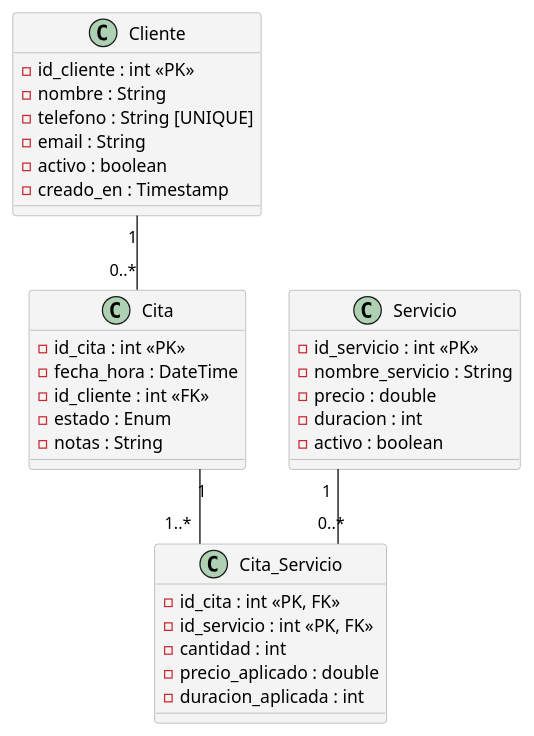
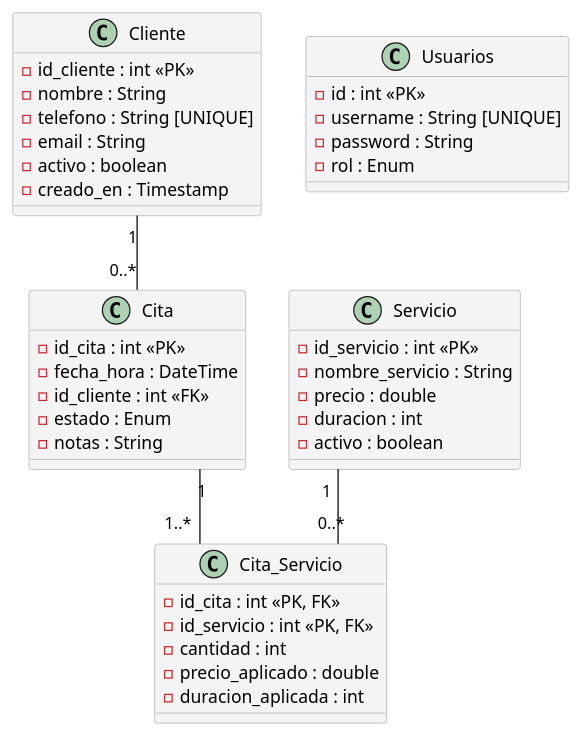
The diagram in Bases_de_Datos/Diagramas/modelo_relacional.puml (josejuanruizmunoz/Proyecto_intermodular_1DAW_JoseJuanRuizMu-oz), drawn with PlantUML before and after one commit. The commit also changed 4 other files, not shown here.

First line of the commit message:
Actualizacion de diagramas

```diff
--- a/Bases_de_Datos/Diagramas/modelo_relacional.puml
+++ b/Bases_de_Datos/Diagramas/modelo_relacional.puml
@@ -1,49 +1,56 @@
 @startuml modelo_relacional
 
 skinparam class {
     BackgroundColor #F4F4F4
     ArrowColor Black
     BorderColor #A0A0A0
 }
 skinparam linetype ortho
 
 
 class Cliente {
   - id_cliente : int <<PK>>
   - nombre : String
   - telefono : String [UNIQUE]
   - email : String
   - activo : boolean
   - creado_en : Timestamp
 }
 
 class Servicio {
   - id_servicio : int <<PK>>
   - nombre_servicio : String
   - precio : double
   - duracion : int
   - activo : boolean
 }
 
 class Cita {
   - id_cita : int <<PK>>
   - fecha_hora : DateTime
   - id_cliente : int <<FK>>
   - estado : Enum
   - notas : String
 }
 
 class Cita_Servicio {
   - id_cita : int <<PK, FK>>
   - id_servicio : int <<PK, FK>>
   - cantidad : int
   - precio_aplicado : double
   - duracion_aplicada : int
 }
 
+class Usuarios {
+  - id : int <<PK>>
+  - username : String [UNIQUE]
+  - password : String
+  - rol : Enum
+}
+
 
 Cliente "1" -- "0..*" Cita
 Cita "1" -- "1..*" Cita_Servicio
 Servicio "1" -- "0..*" Cita_Servicio
 
 @enduml
```
